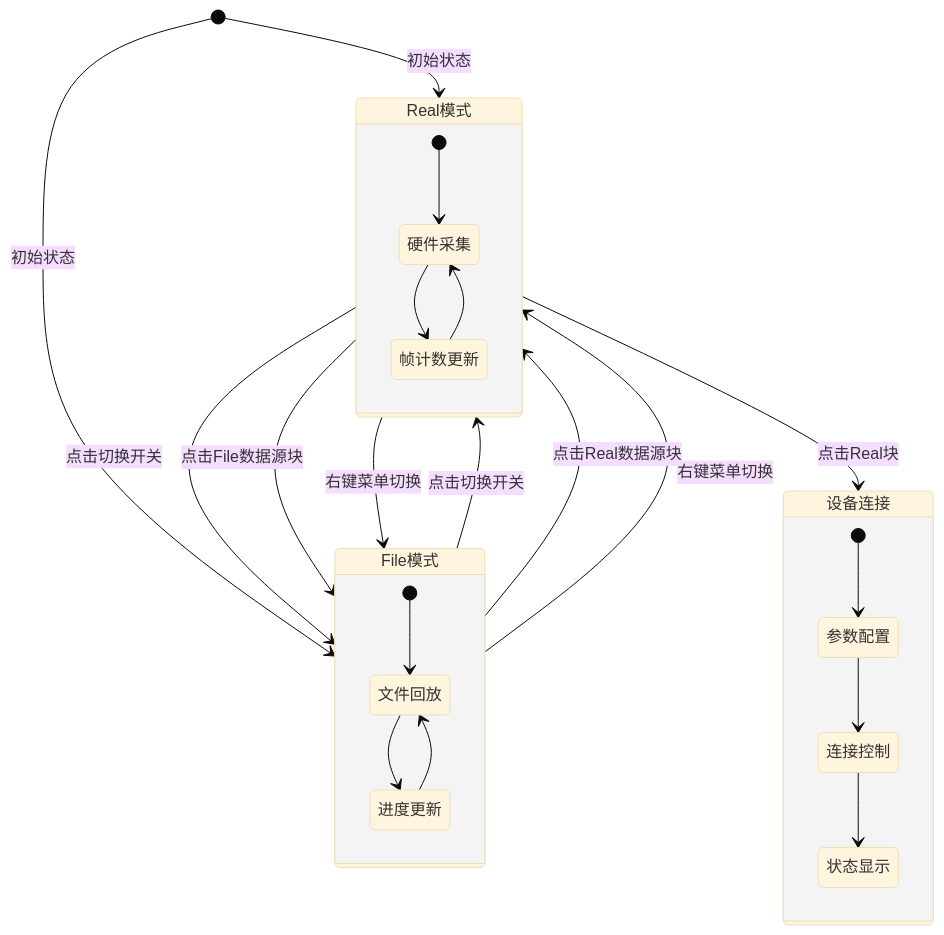
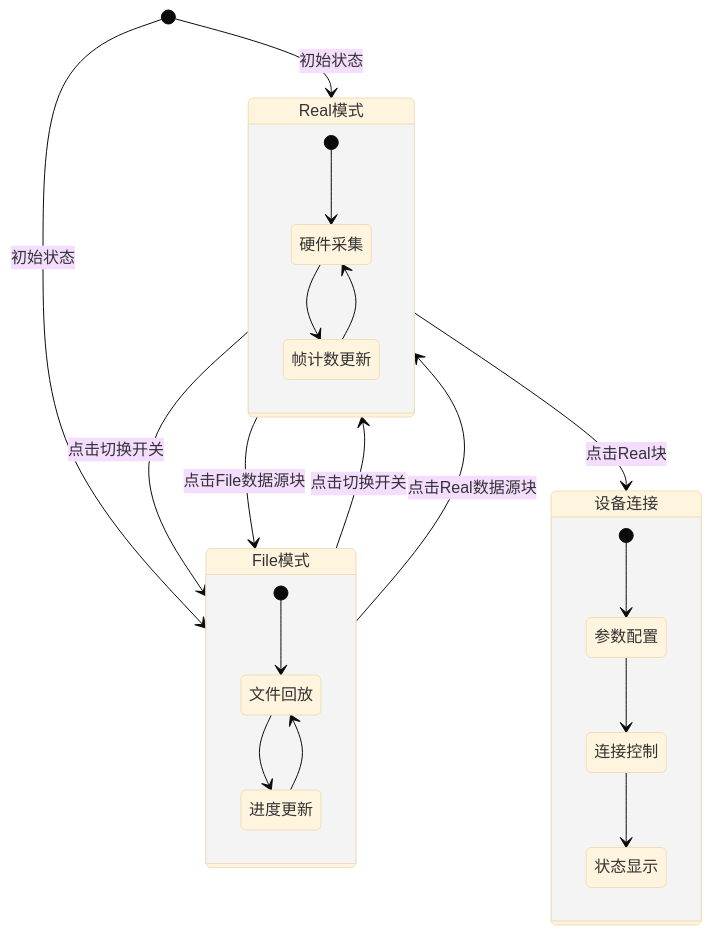
One commit to jakecai1225-design/OpenBus changed the sixth of 10 diagrams in .qoder/repowiki/zh/content/架构设计/UI系统设计/测量设置视图组件.md. Above: the diagram before and after it, drawn with Mermaid (base theme). The commit also changed other lines of this file and 34 other files, not shown here.

Commit message:
工程，flow，dbc操作

````diff
--- a/.qoder/repowiki/zh/content/架构设计/UI系统设计/测量设置视图组件.md
+++ b/.qoder/repowiki/zh/content/架构设计/UI系统设计/测量设置视图组件.md
@@ -382,27 +385,25 @@
 ```mermaid
 stateDiagram-v2
 [*] --> Real模式 : 初始状态
 [*] --> File模式 : 初始状态
 Real模式 --> File模式 : 点击切换开关
 File模式 --> Real模式 : 点击切换开关
 Real模式 --> File模式 : 点击File数据源块
 File模式 --> Real模式 : 点击Real数据源块
-Real模式 --> File模式 : 右键菜单切换
-File模式 --> Real模式 : 右键菜单切换
 Real模式 --> 设备连接 : 点击Real块
 state Real模式 {
 [*] --> 硬件采集
 硬件采集 --> 帧计数更新
 帧计数更新 --> 硬件采集
 }
 state File模式 {
 [*] --> 文件回放
 文件回放 --> 进度更新
 进度更新 --> 文件回放
 }
 state 设备连接 {
 [*] --> 参数配置
 参数配置 --> 连接控制
 连接控制 --> 状态显示
 }
 ```
````
